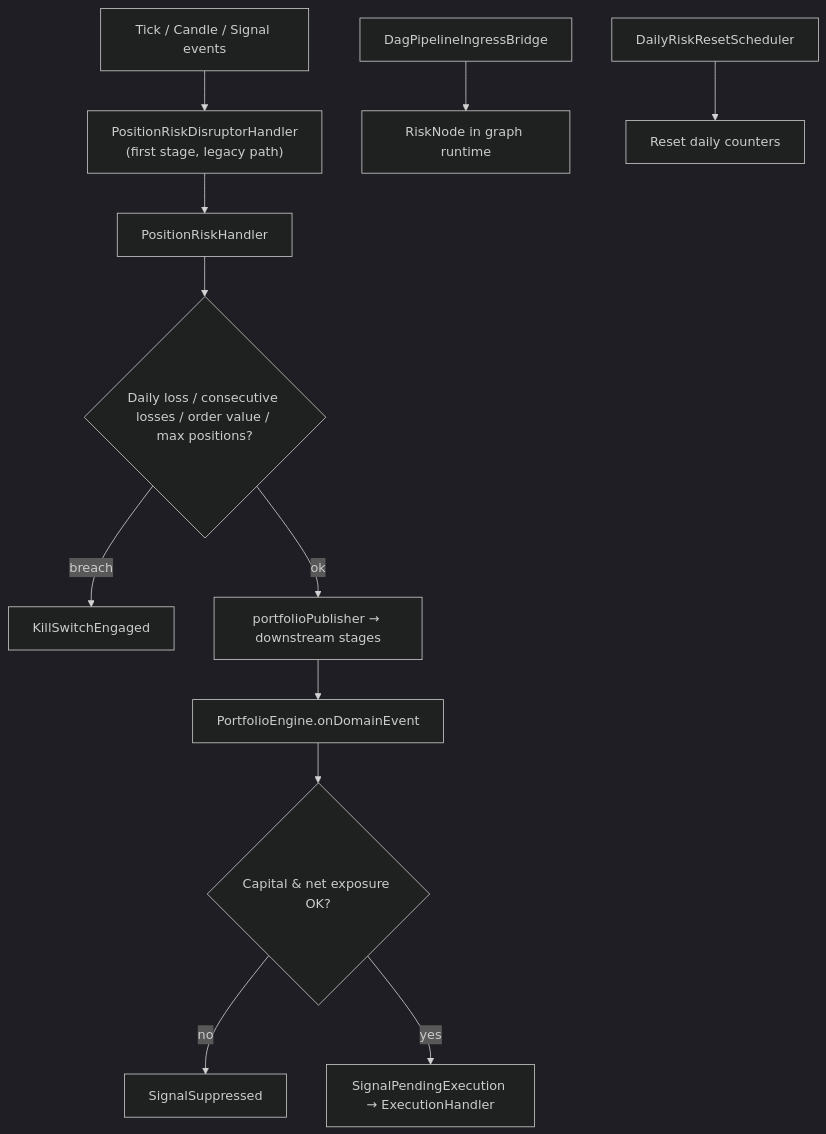
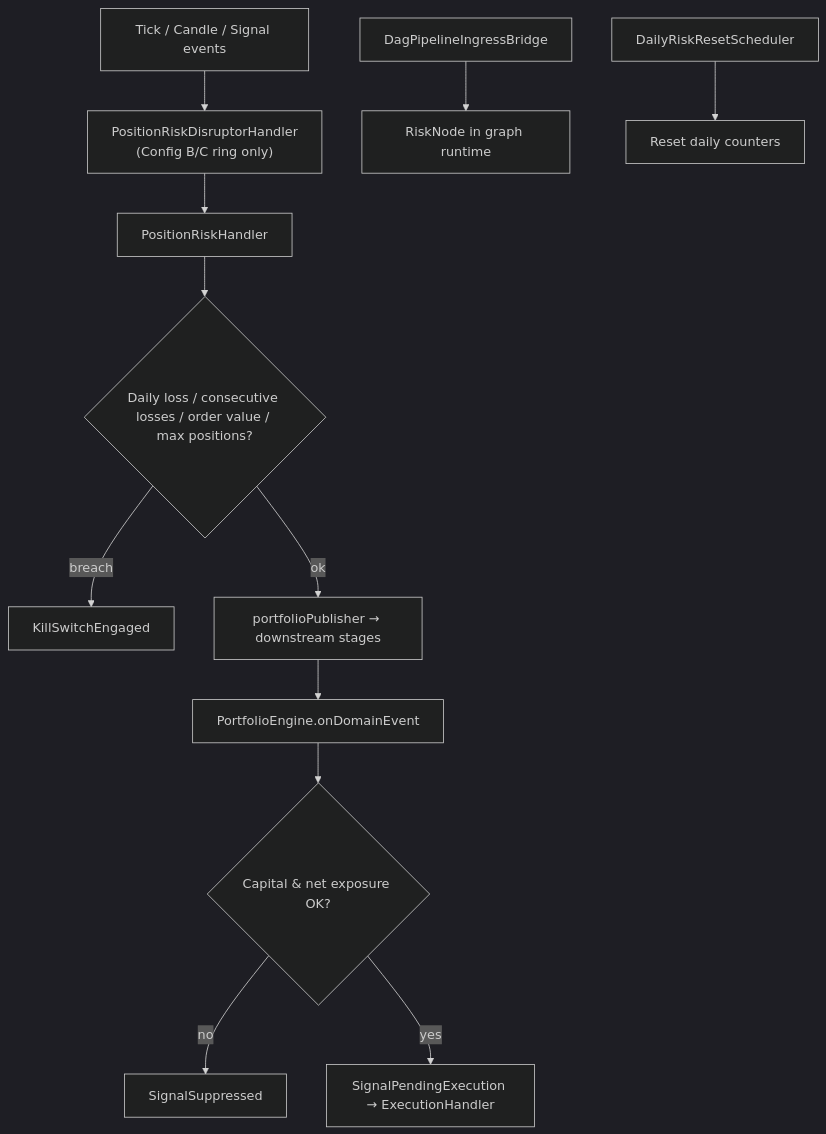
Diagram 30 of 32 in docs/ARCHITECTURE_REPORT.md (Ganesh-Kusundal/Trade_J), drawn with Mermaid (dark theme) before and after one commit. The commit also changed other lines of this file and 3 other files, not shown here.

First line of the commit message:
docs: pass 3 architecture audit for code-verified accuracy.

````diff
--- a/docs/ARCHITECTURE_REPORT.md
+++ b/docs/ARCHITECTURE_REPORT.md
@@ -1728,17 +1756,17 @@
 ```mermaid
 flowchart TD
-    TICK["Tick / Candle / Signal events"] --> RING["PositionRiskDisruptorHandler<br/>(first stage, legacy path)"]
+    TICK["Tick / Candle / Signal events"] --> RING["PositionRiskDisruptorHandler<br/>(Config B/C ring only)"]
     RING --> PRH["PositionRiskHandler"]
     PRH --> R1{"Daily loss / consecutive losses / order value / max positions?"}
     R1 -->|breach| KILL["KillSwitchEngaged"]
     R1 -->|ok| PUB["portfolioPublisher → downstream stages"]
 
     PUB --> PE["PortfolioEngine.onDomainEvent"]
     PE --> CAP{"Capital & net exposure OK?"}
     CAP -->|no| SUP["SignalSuppressed"]
     CAP -->|yes| SPE["SignalPendingExecution → ExecutionHandler"]
 
     INGRESS["DagPipelineIngressBridge"] --> DAG["RiskNode in graph runtime"]
 
     SCHED["DailyRiskResetScheduler"] --> RESET["Reset daily counters"]
 ```
````
